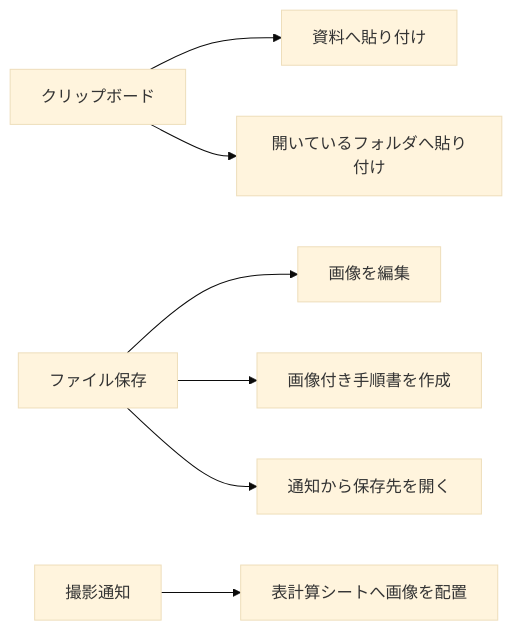
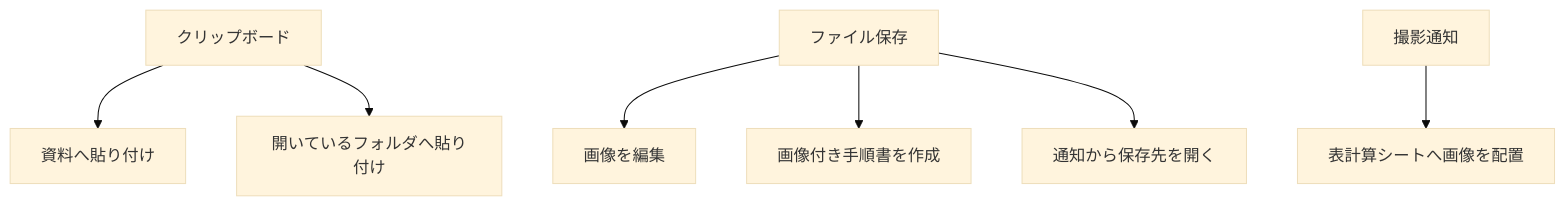
One commit to KotorinChunChun/SSCapture changed the second of 3 diagrams in README.md. Above: the diagram before and after it, drawn with Mermaid (base theme). The commit also changed other lines of this file, not shown here.

Commit message:
Update README with mermaid flowcharts

````diff
--- a/README.md
+++ b/README.md
@@ -34,9 +34,9 @@
 ```mermaid
-flowchart LR
+flowchart TB
     clipboard["クリップボード"] --> document["資料へ貼り付け"]
     clipboard --> currentFolder["開いているフォルダへ貼り付け"]
     file["ファイル保存"] --> editor["画像を編集"]
     file --> manual["画像付き手順書を作成"]
     file --> openFolder["通知から保存先を開く"]
     notice["撮影通知"] --> spreadsheet["表計算シートへ画像を配置"]
 ```
````
